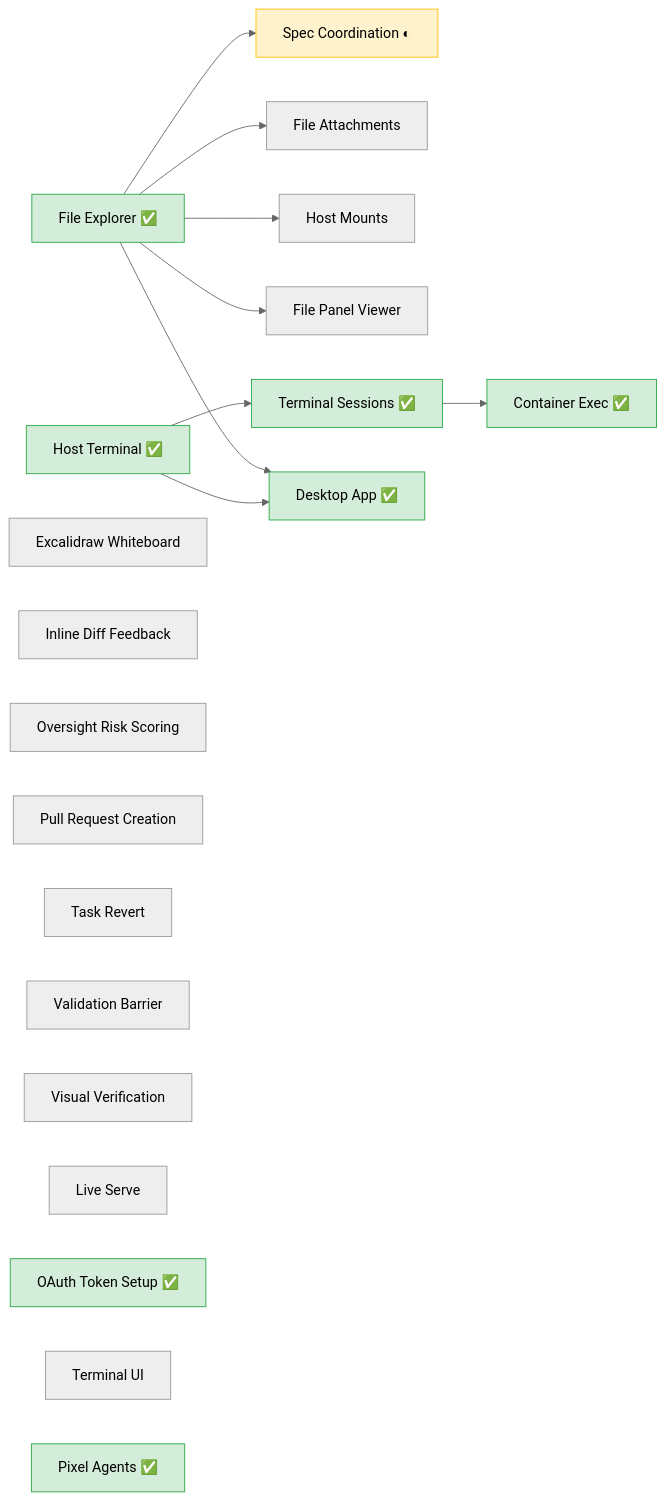
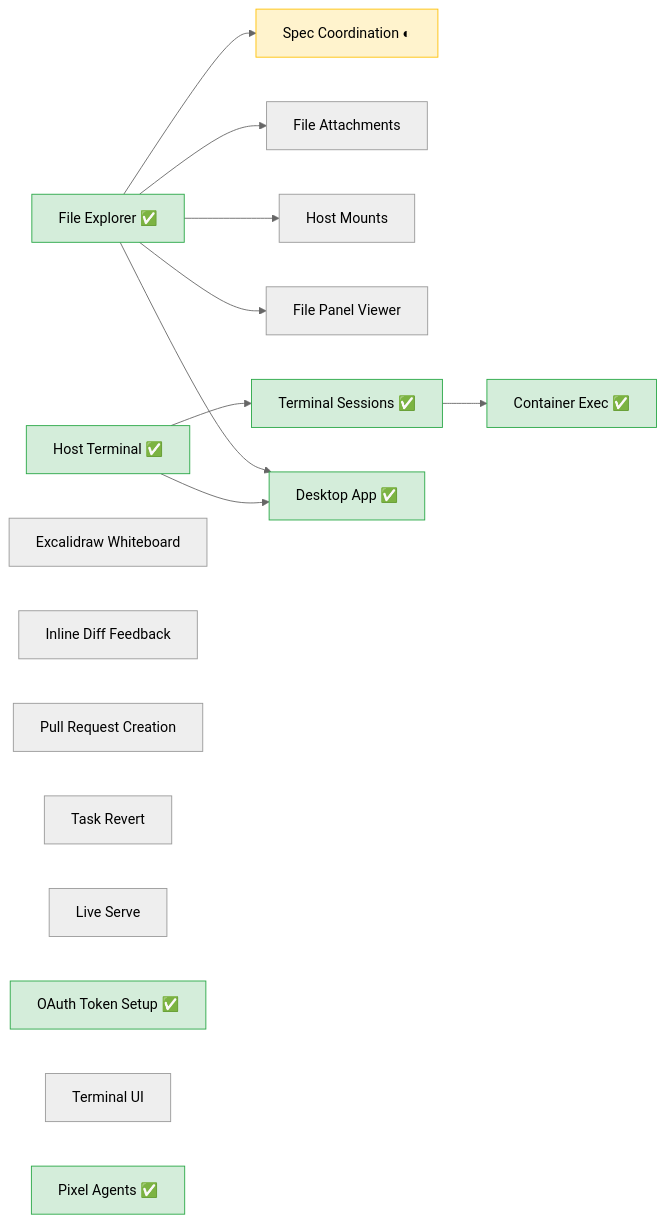
Before and after one commit to changkun/wallfacer: the first of 3 diagrams in specs/README.md, drawn with Mermaid (neutral theme). The commit also changed other lines of this file and 12 other files, not shown here.

````diff
--- a/specs/README.md
+++ b/specs/README.md
@@ -90,31 +89,28 @@
 ```mermaid
 graph LR
   FE[File Explorer ✅] --> SC[Spec Coordination ◐]
   FE --> FA[File Attachments]
   FE --> HM[Host Mounts]
   FE --> FPV[File Panel Viewer]
   HT[Host Terminal ✅] --> TS[Terminal Sessions ✅] --> CE[Container Exec ✅]
   FE --> DA[Desktop App ✅]
   HT --> DA
 
   EW[Excalidraw Whiteboard]
   IDF[Inline Diff Feedback]
-  ORS[Oversight Risk Scoring]
   PR[Pull Request Creation]
   TR[Task Revert]
-  VB[Validation Barrier]
-  VV[Visual Verification]
   LS[Live Serve]
   OTS[OAuth Token Setup ✅]
   TUI[Terminal UI]
   PA[Pixel Agents ✅]
 
   style FE fill:#d4edda,stroke:#28a745
   style HT fill:#d4edda,stroke:#28a745
   style TS fill:#d4edda,stroke:#28a745
   style CE fill:#d4edda,stroke:#28a745
   style DA fill:#d4edda,stroke:#28a745
   style OTS fill:#d4edda,stroke:#28a745
   style PA fill:#d4edda,stroke:#28a745
   style SC fill:#fff3cd,stroke:#ffc107
 ```
````
